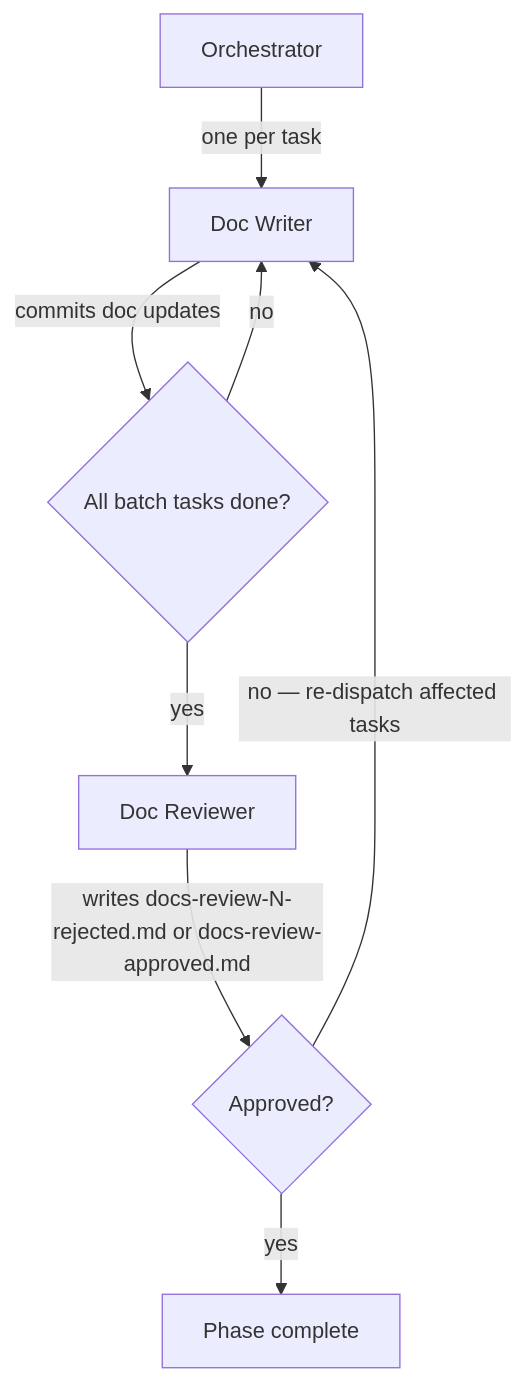
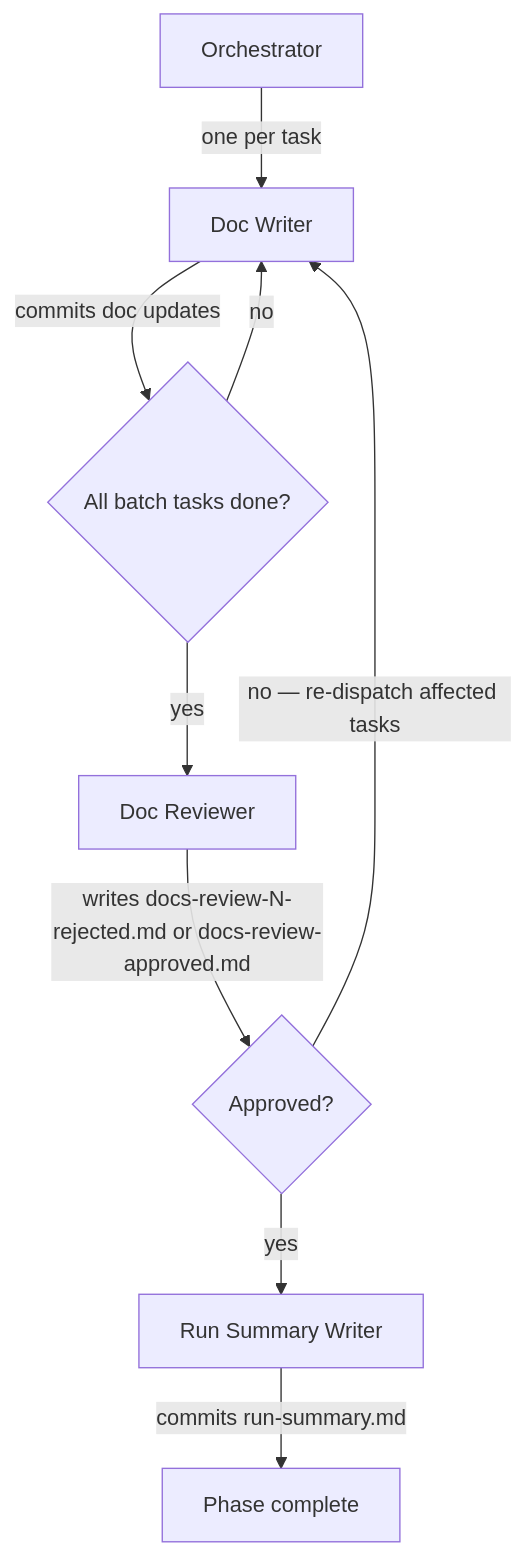
Before and after one commit to Automattic/radical-pipelines: the diagram in skills/radical-pipelines/reference/autonomous-phases/5 - docs.md, drawn with Mermaid. The commit also changed other lines of this file, not shown here.

Commit message:
Produce run summary in docs phase (code-writer)

````diff
--- a/skills/radical-pipelines/reference/autonomous-phases/5 - docs.md
+++ b/skills/radical-pipelines/reference/autonomous-phases/5 - docs.md
@@ -40,10 +43,11 @@
 ```mermaid
 flowchart TD
     A[Orchestrator] -->|one per task| B[Doc Writer]
     B -->|commits doc updates| C{All batch tasks done?}
     C -->|no| B
     C -->|yes| D[Doc Reviewer]
     D -->|writes docs-review-N-rejected.md or docs-review-approved.md| E{Approved?}
     E -->|no — re-dispatch affected tasks| B
-    E -->|yes| F[Phase complete]
+    E -->|yes| G[Run Summary Writer]
+    G -->|commits run-summary.md| F[Phase complete]
 ```
````
